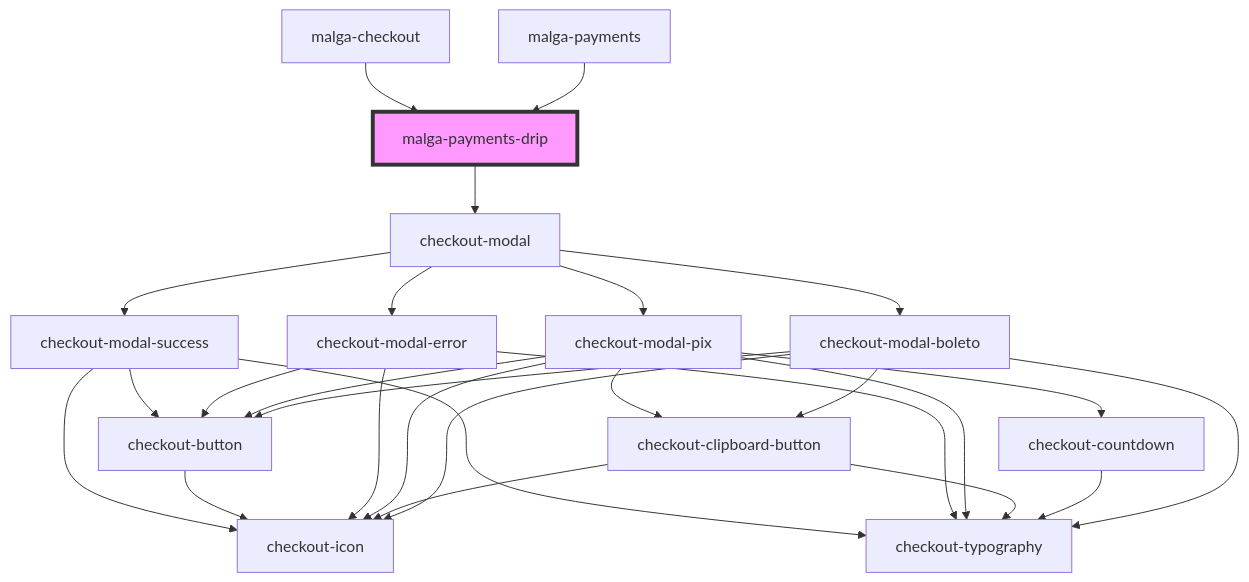
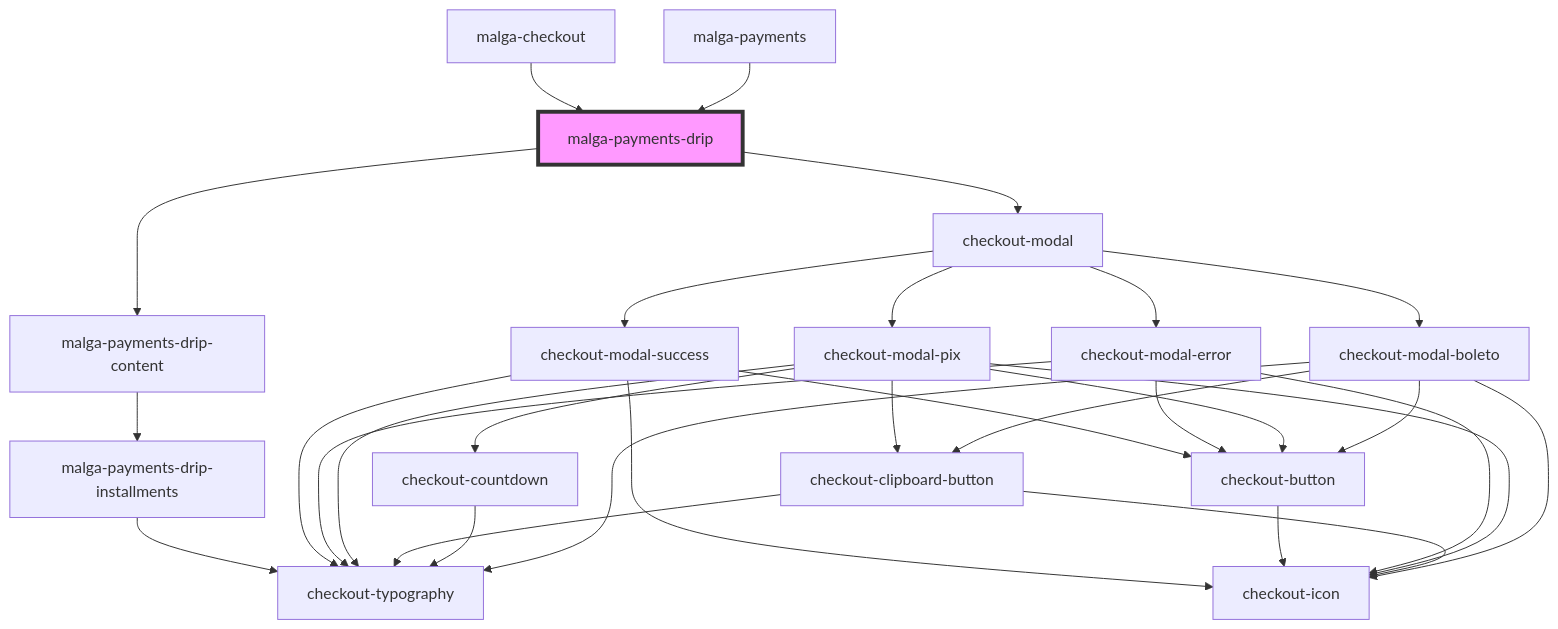
Before and after one commit to plughacker/malga-checkout: the diagram in packages/checkout/core/src/components/malga-payments-drip/readme.md, drawn with Mermaid. The commit also changed other lines of this file and 26 other files, not shown here.

````diff
--- a/packages/checkout/core/src/components/malga-payments-drip/readme.md
+++ b/packages/checkout/core/src/components/malga-payments-drip/readme.md
@@ -20,30 +21,33 @@
 ```mermaid
 graph TD;
+  malga-payments-drip --> malga-payments-drip-content
   malga-payments-drip --> checkout-modal
+  malga-payments-drip-content --> malga-payments-drip-installments
+  malga-payments-drip-installments --> checkout-typography
   checkout-modal --> checkout-modal-success
   checkout-modal --> checkout-modal-error
   checkout-modal --> checkout-modal-pix
   checkout-modal --> checkout-modal-boleto
   checkout-modal-success --> checkout-icon
   checkout-modal-success --> checkout-typography
   checkout-modal-success --> checkout-button
   checkout-button --> checkout-icon
   checkout-modal-error --> checkout-icon
   checkout-modal-error --> checkout-typography
   checkout-modal-error --> checkout-button
   checkout-modal-pix --> checkout-icon
   checkout-modal-pix --> checkout-typography
   checkout-modal-pix --> checkout-clipboard-button
   checkout-modal-pix --> checkout-button
   checkout-modal-pix --> checkout-countdown
   checkout-clipboard-button --> checkout-icon
   checkout-clipboard-button --> checkout-typography
   checkout-countdown --> checkout-typography
   checkout-modal-boleto --> checkout-icon
   checkout-modal-boleto --> checkout-typography
   checkout-modal-boleto --> checkout-clipboard-button
   checkout-modal-boleto --> checkout-button
   malga-checkout --> malga-payments-drip
   malga-payments --> malga-payments-drip
   style malga-payments-drip fill:#f9f,stroke:#333,stroke-width:4px
 ```
````
